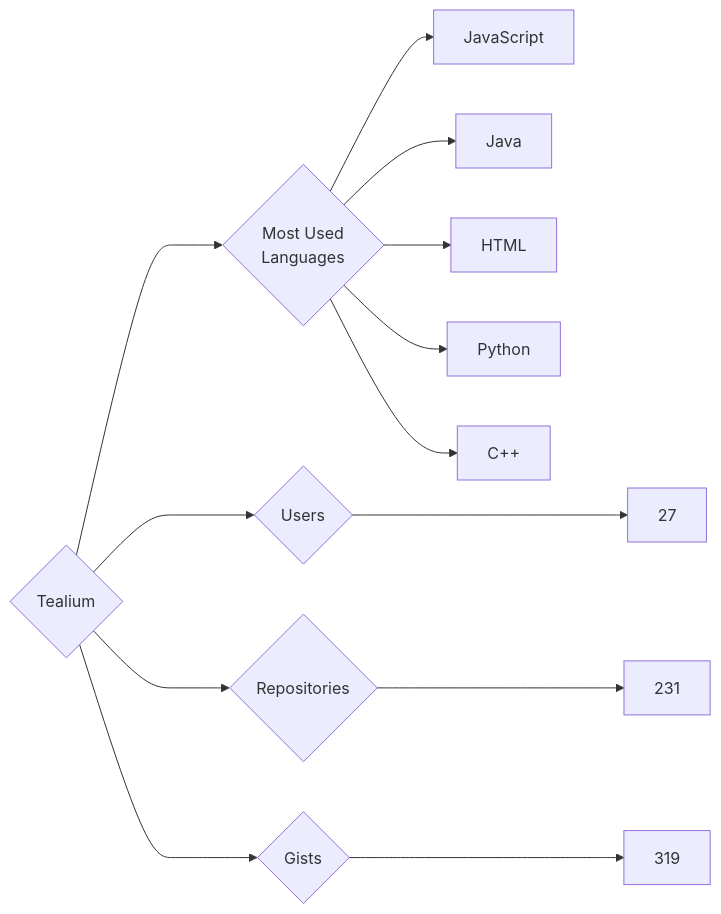
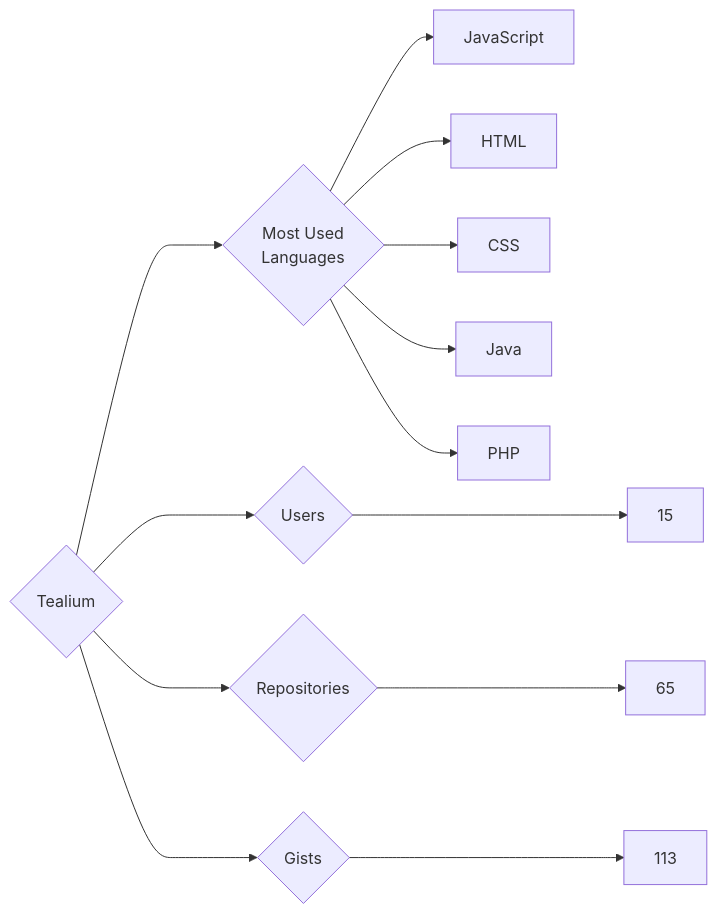
One commit to trickest/insiders changed the diagram in targets/Tealium/README.md. Above: the diagram before and after it, drawn with Mermaid. The commit also changed 877 other files, not shown here.

````diff
--- a/targets/Tealium/README.md
+++ b/targets/Tealium/README.md
@@ -3,13 +3,13 @@
 ```mermaid
 graph LR
 COMPANY_NAME{Tealium}
-COMPANY_NAME ---> U{Users} ---> UN[27]
-COMPANY_NAME ---> R{Repositories} ---> RN[231]
-COMPANY_NAME ---> G{Gists} ---> GN[319]
+COMPANY_NAME ---> U{Users} ---> UN[15]
+COMPANY_NAME ---> R{Repositories} ---> RN[65]
+COMPANY_NAME ---> G{Gists} ---> GN[113]
 COMPANY_NAME ---> ML{Most Used<br>Languages}
 ML --> JavaScript[JavaScript]
+ML --> HTML[HTML]
+ML --> CSS[CSS]
 ML --> Java[Java]
-ML --> HTML[HTML]
-ML --> Python[Python]
-ML --> C++[C++]
+ML --> PHP[PHP]
 ```
````
